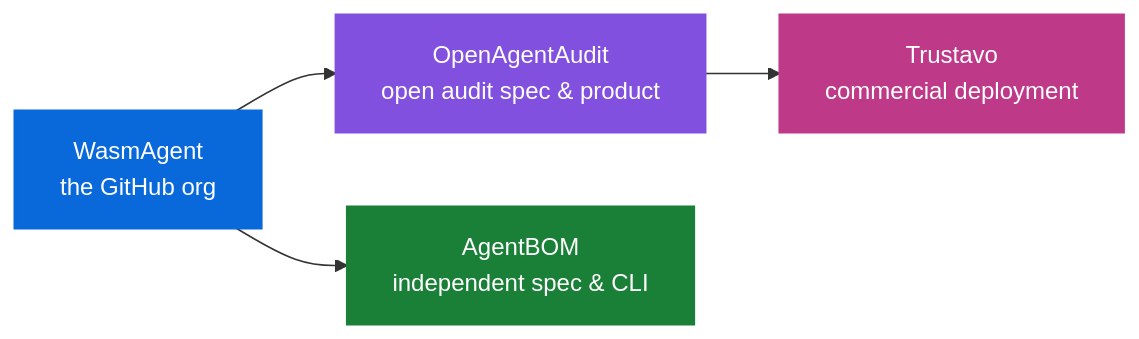
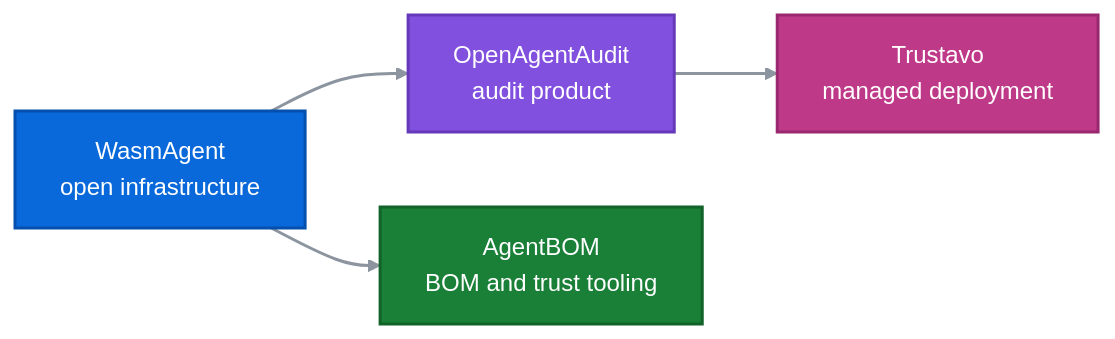
Before and after one commit to WasmAgent/.github: the diagram in profile/README.md, drawn with Mermaid. The commit also changed other lines of this file and 1 other file, not shown here.

First line of the commit message:
docs(profile): restructure around the evidence lifecycle with horizontal product matrix

````diff
--- a/profile/README.md
+++ b/profile/README.md
@@ -11,16 +35,21 @@
 ```mermaid
 flowchart LR
-    W["WasmAgent<br/>the GitHub org"]:::org
-    O["OpenAgentAudit<br/>open audit spec & product"]:::audit
-    T["Trustavo<br/>commercial deployment"]:::commercial
-    B["AgentBOM<br/>independent spec & CLI"]:::bom
+    W["WasmAgent<br/>open infrastructure"]:::org
+    O["OpenAgentAudit<br/>audit product"]:::audit
+    T["Trustavo<br/>managed deployment"]:::commercial
+    B["AgentBOM<br/>BOM and trust tooling"]:::bom
 
-    W --> O
+    W --> O --> T
     W --> B
-    O --> T
 
-    classDef org fill:#0969da,stroke:#0969da,color:#ffffff,stroke-width:2px
-    classDef audit fill:#8250df,stroke:#8250df,color:#ffffff,stroke-width:2px
-    classDef commercial fill:#bf3989,stroke:#bf3989,color:#ffffff,stroke-width:2px
-    classDef bom fill:#1a7f37,stroke:#1a7f37,color:#ffffff,stroke-width:2px
+    classDef org fill:#0969da,stroke:#0550ae,color:#ffffff,stroke-width:2px
+    classDef audit fill:#8250df,stroke:#6639ba,color:#ffffff,stroke-width:2px
+    classDef commercial fill:#bf3989,stroke:#99286e,color:#ffffff,stroke-width:2px
+    classDef bom fill:#1a7f37,stroke:#116329,color:#ffffff,stroke-width:2px
+    linkStyle default stroke:#8c959f,stroke-width:2px
+
+    click W href "https://github.com/WasmAgent" _blank
+    click O href "https://github.com/WasmAgent/open-agent-audit" _blank
+    click T href "https://trustavo.com" _blank
+    click B href "https://github.com/WasmAgent/agentbom" _blank
 ```
````
